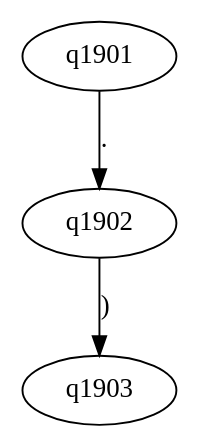
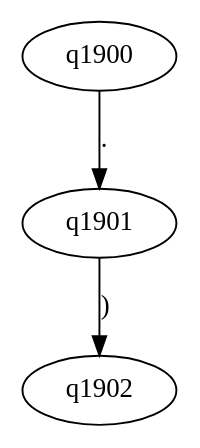
Before and after one commit to JUMPSTONIK/Proyecto---Compiladores: the diagram in AFNendcode.dot, drawn with Graphviz. The commit also changed 36 other files, not shown here.

```diff
--- a/AFNendcode.dot
+++ b/AFNendcode.dot
@@ -1,4 +1,4 @@
 digraph G{
-q1901 -> q1902 [label="."]
-q1902 -> q1903 [label=")"]
+q1900 -> q1901 [label="."]
+q1901 -> q1902 [label=")"]
 }
```
